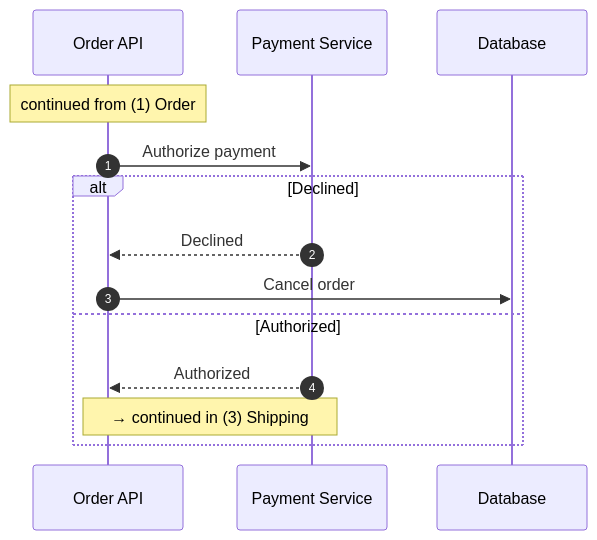
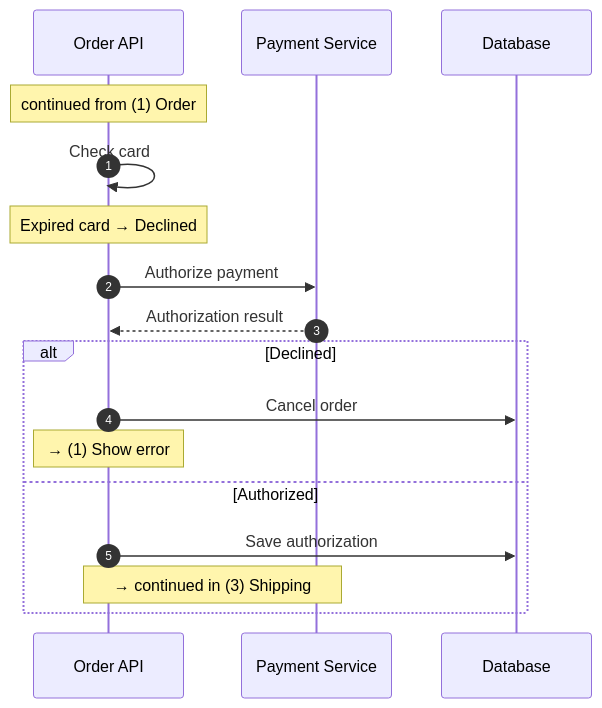
One commit to playree/markdown-design-doc-viewer changed the second of 3 diagrams in examples/split-sequence.md. Above: the diagram before and after it, drawn with Mermaid. The commit also changed other lines of this file and 2 other files, not shown here.

Commit message:
合流と分岐へのラベルのサンプルを足し、前の図へのジャンプでラベルが画面外になる問題を直す (MDDV-59)

````diff
--- a/examples/split-sequence.md
+++ b/examples/split-sequence.md
@@ -56,20 +67,26 @@
 ```mermaid
 %% @link-headings
 sequenceDiagram
     autonumber
     participant API as Order API
     participant Pay as Payment Service
     participant DB as Database
 
     %% @anchor Payment
     Note over API: continued from (1) Order
+    API->>API: Check card
+    %% @goto Declined
+    Note over API: Expired card → Declined
     API->>Pay: Authorize payment
+    Pay-->>API: Authorization result
+    %% @anchor Declined
     alt Declined
-        Pay-->>API: Declined
         API->>DB: Cancel order
+        %% @goto Show error
+        Note over API: → (1) Show error
     else Authorized
-        Pay-->>API: Authorized
+        API->>DB: Save authorization
         %% @goto Shipping
         Note over API,Pay: → continued in (3) Shipping
     end
 ```
````
